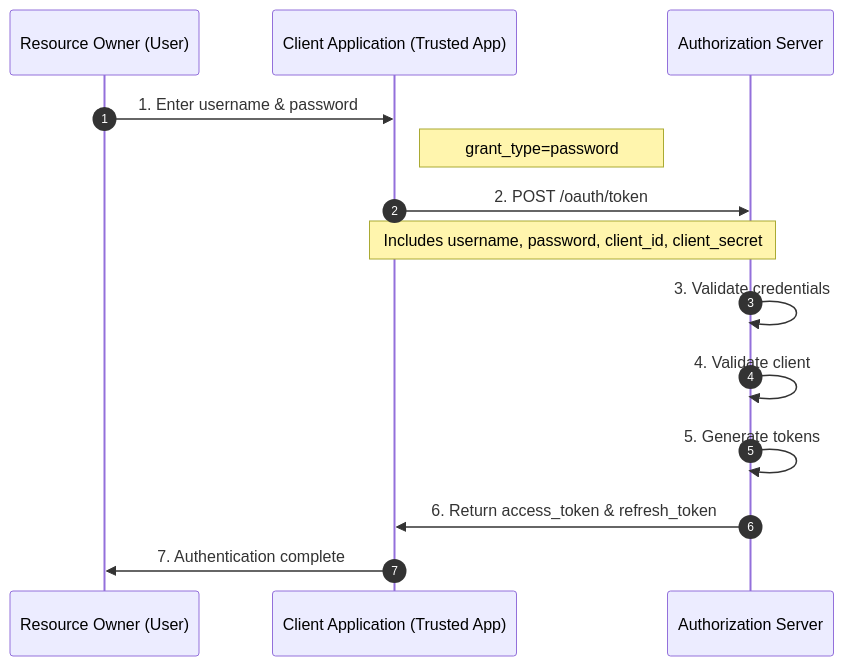
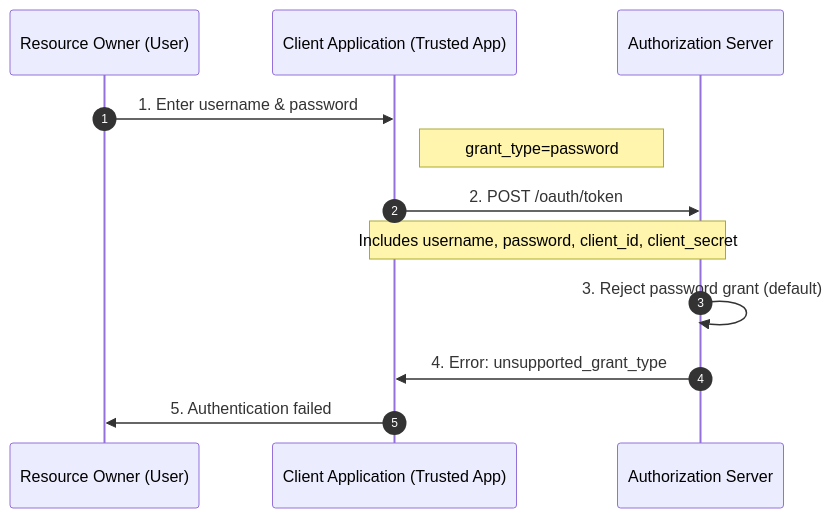
Before and after one commit to ianlintner/rust_oauth2: the diagram in docs/flows/password.md, drawn with Mermaid. The commit also changed other lines of this file and 21 other files, not shown here.

````diff
--- a/docs/flows/password.md
+++ b/docs/flows/password.md
@@ -24,19 +27,16 @@
 ```mermaid
 sequenceDiagram
     autonumber
     participant User as Resource Owner (User)
     participant Client as Client Application (Trusted App)
     participant AuthServer as Authorization Server
-    
+
     User->>Client: 1. Enter username & password
     Note right of Client: grant_type=password
     Client->>AuthServer: 2. POST /oauth/token
     Note over Client,AuthServer: Includes username, password, client_id, client_secret
-    
-    AuthServer->>AuthServer: 3. Validate credentials
-    AuthServer->>AuthServer: 4. Validate client
-    AuthServer->>AuthServer: 5. Generate tokens
-    
-    AuthServer->>Client: 6. Return access_token & refresh_token
-    Client->>User: 7. Authentication complete
+
+    AuthServer->>AuthServer: 3. Reject password grant (default)
+    AuthServer->>Client: 4. Error: unsupported_grant_type
+    Client->>User: 5. Authentication failed
 ```
````
